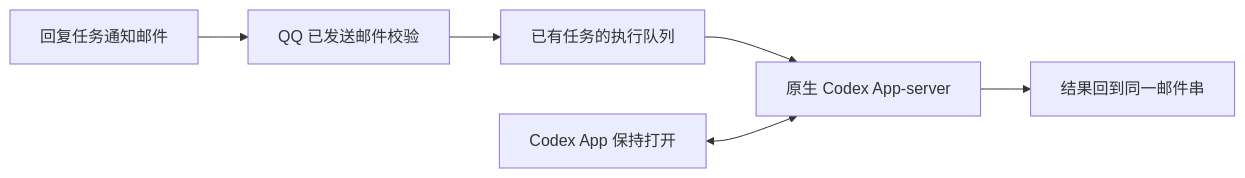
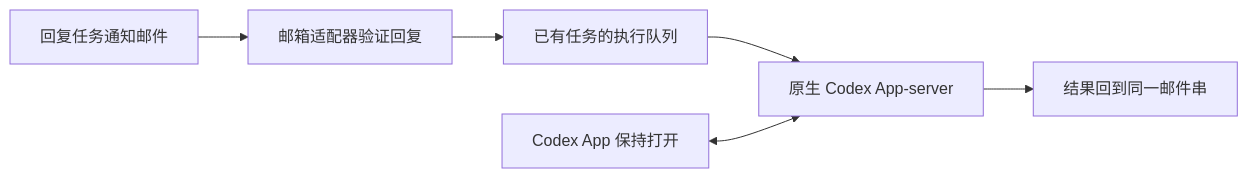
The diagram in README.md (KurosawaGeeker/codex-qq-mail), drawn with Mermaid before and after one commit. The commit also changed other lines of this file and 5 other files, not shown here.

````diff
--- a/README.md
+++ b/README.md
@@ -19,8 +19,8 @@
 ```mermaid
 flowchart LR
-    Reply[回复任务通知邮件] --> Verify[QQ 已发送邮件校验]
+    Reply[回复任务通知邮件] --> Verify[邮箱适配器验证回复]
     Verify --> Queue[已有任务的执行队列]
     Queue --> Shared[原生 Codex App-server]
     App[Codex App 保持打开] <--> Shared
     Shared --> Result[结果回到同一邮件串]
 ```
````
